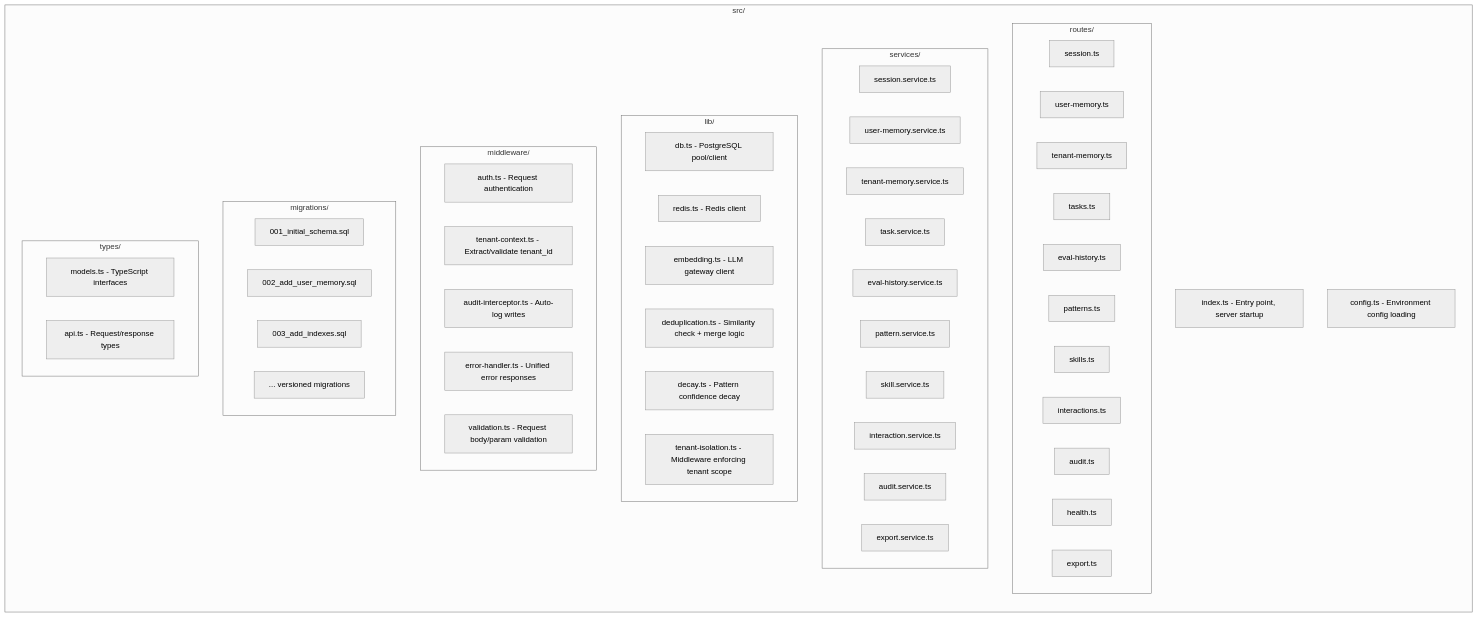
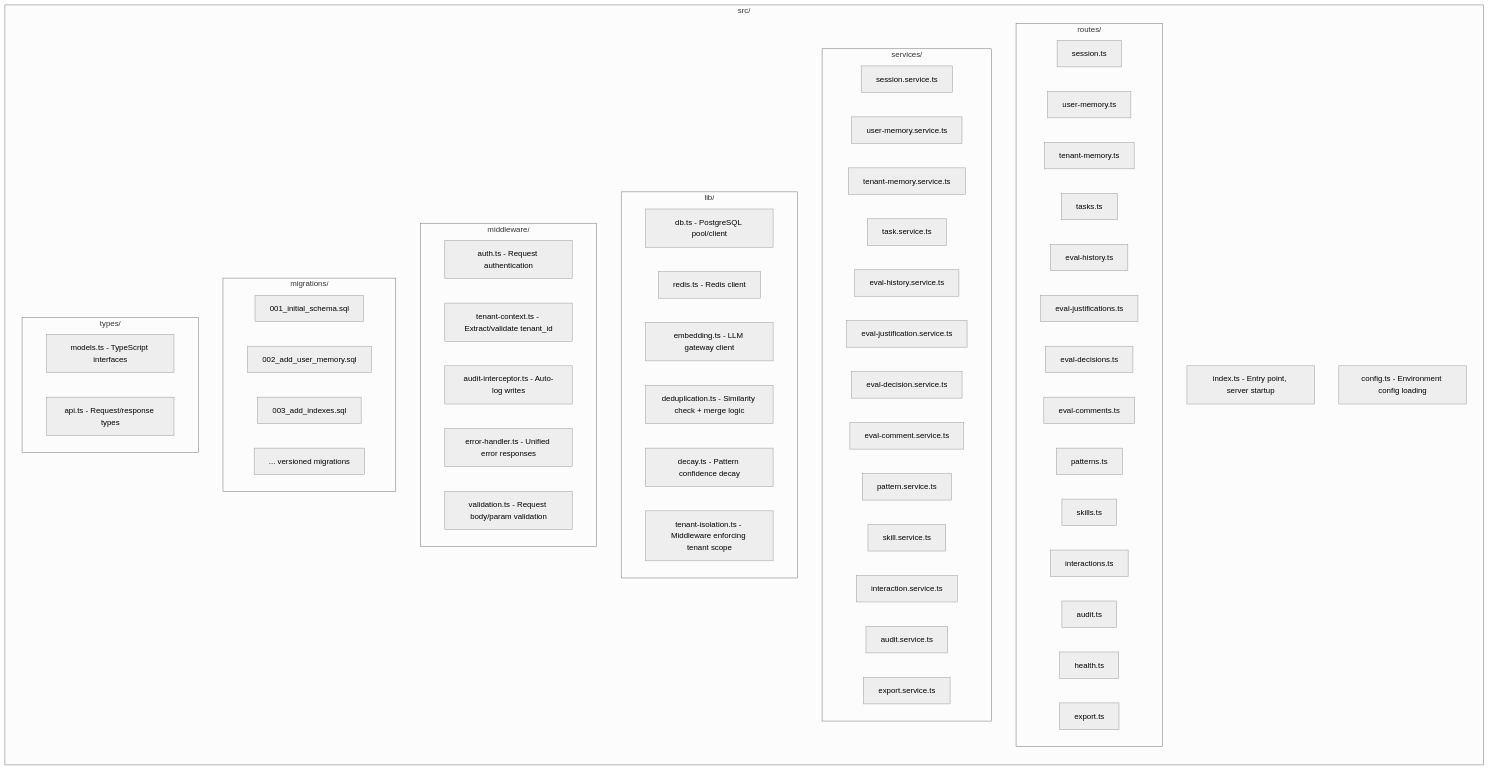
The tenth of 13 diagrams in memory-service/DESIGN.md (indukuk/onpremai), drawn with Mermaid (neutral theme) before and after one commit. The commit also changed other lines of this file and 3 other files, not shown here.

First line of the commit message:
Add adversarial tribunal evaluation, policy graph RAG pipeline, and deployment architecture

````diff
--- a/memory-service/DESIGN.md
+++ b/memory-service/DESIGN.md
@@ -498,64 +635,70 @@
 ```mermaid
 graph TB
     subgraph "src/"
         direction TB
         INDEX[index.ts - Entry point, server startup]
         CONFIG[config.ts - Environment config loading]
 
         subgraph "routes/"
             R_SESSION[session.ts]
             R_USER[user-memory.ts]
             R_TENANT[tenant-memory.ts]
             R_TASKS[tasks.ts]
             R_EVAL[eval-history.ts]
+            R_JUST[eval-justifications.ts]
+            R_DECISIONS[eval-decisions.ts]
+            R_COMMENTS[eval-comments.ts]
             R_PATTERNS[patterns.ts]
             R_SKILLS[skills.ts]
             R_INTERACTIONS[interactions.ts]
             R_AUDIT[audit.ts]
             R_HEALTH[health.ts]
             R_EXPORT[export.ts]
         end
 
         subgraph "services/"
             S_SESSION[session.service.ts]
             S_USER[user-memory.service.ts]
             S_TENANT[tenant-memory.service.ts]
             S_TASKS[task.service.ts]
             S_EVAL[eval-history.service.ts]
+            S_JUST[eval-justification.service.ts]
+            S_DECISIONS[eval-decision.service.ts]
+            S_COMMENTS[eval-comment.service.ts]
             S_PATTERNS[pattern.service.ts]
             S_SKILLS[skill.service.ts]
             S_INTERACTIONS[interaction.service.ts]
             S_AUDIT[audit.service.ts]
             S_EXPORT[export.service.ts]
         end
 
         subgraph "lib/"
             L_DB[db.ts - PostgreSQL pool/client]
             L_REDIS[redis.ts - Redis client]
             L_EMBED[embedding.ts - LLM gateway client]
             L_DEDUP[deduplication.ts - Similarity check + merge logic]
             L_DECAY[decay.ts - Pattern confidence decay]
             L_TENANT_ISO[tenant-isolation.ts - Middleware enforcing tenant scope]
         end
 
         subgraph "middleware/"
             M_AUTH[auth.ts - Request authentication]
             M_TENANT[tenant-context.ts - Extract/validate tenant_id]
             M_AUDIT[audit-interceptor.ts - Auto-log writes]
             M_ERROR[error-handler.ts - Unified error responses]
             M_VALIDATE[validation.ts - Request body/param validation]
         end
 
         subgraph "migrations/"
             MIG_001[001_initial_schema.sql]
             MIG_002[002_add_user_memory.sql]
             MIG_003[003_add_indexes.sql]
             MIG_N[... versioned migrations]
         end
 
         subgraph "types/"
             T_MODELS[models.ts - TypeScript interfaces]
             T_API[api.ts - Request/response types]
         end
     end
 ```
````
